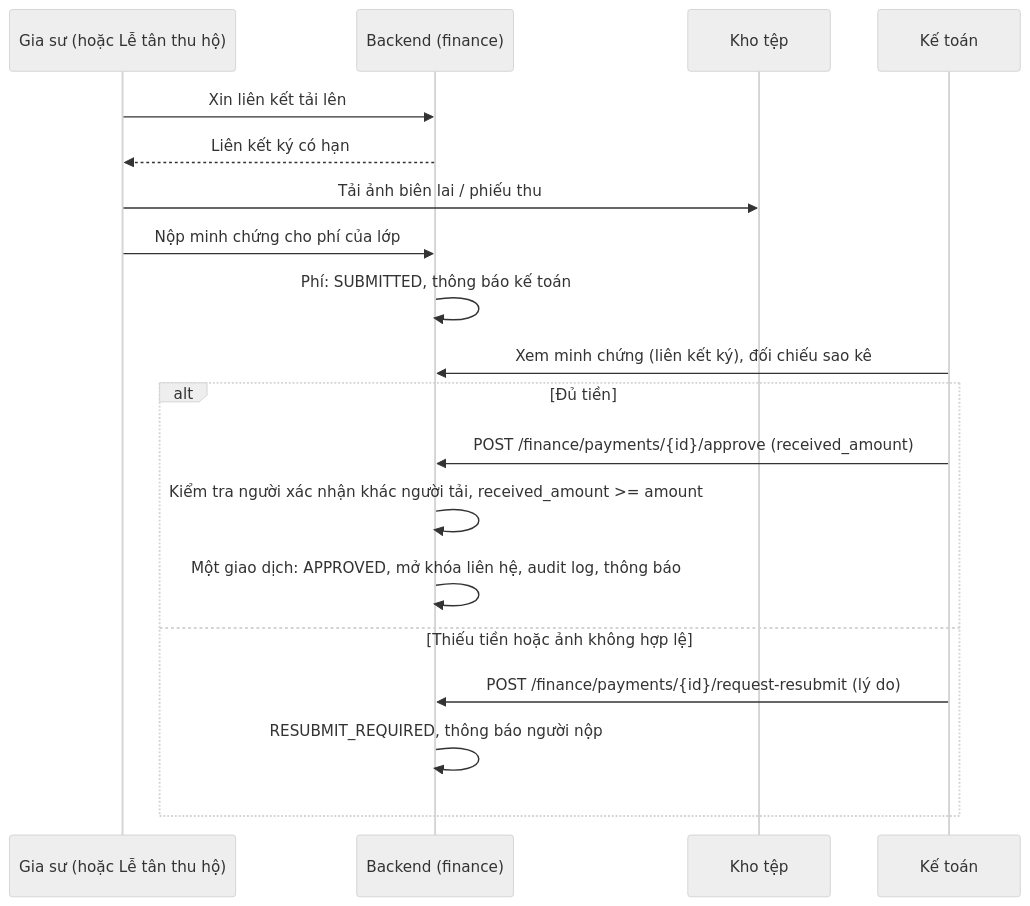
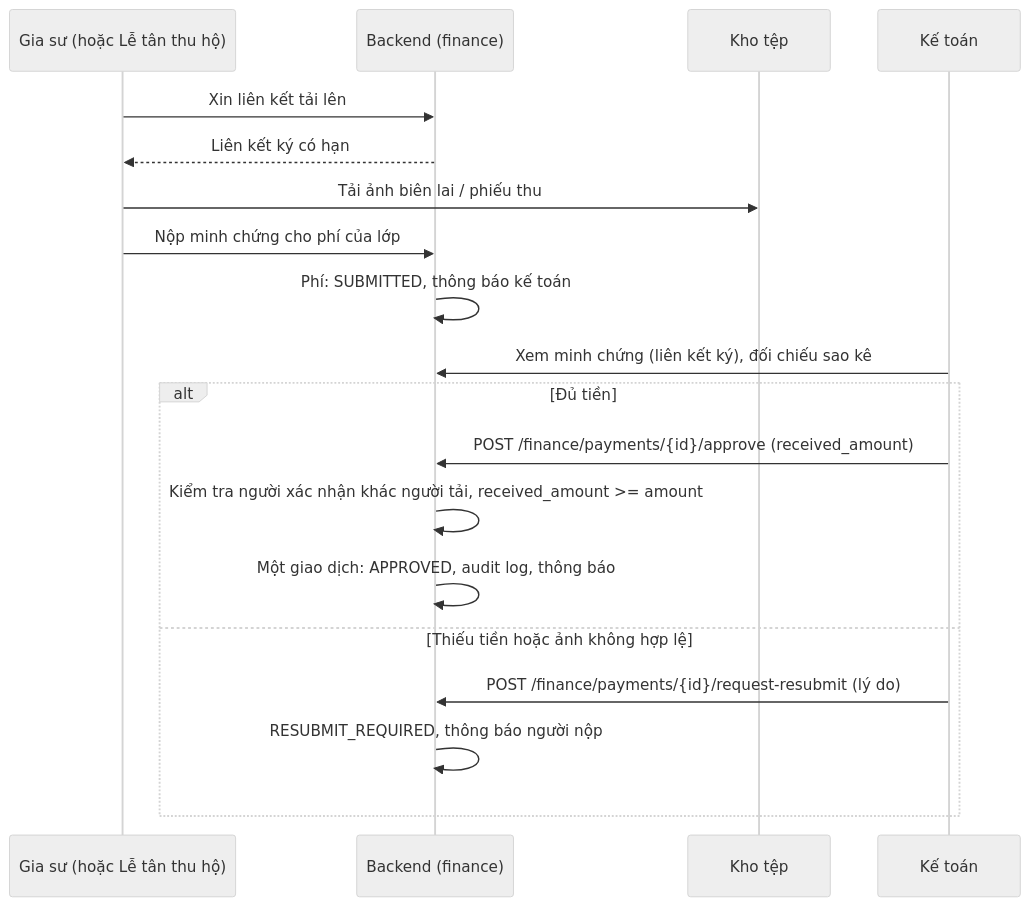
Before and after one commit to quangnguyenviet/English-tutor-platform-final-project-2026: the seventh of 8 diagrams in docs/project/ARCHITECTURE.md, drawn with Mermaid (neutral theme). The commit also changed other lines of this file and 6 other files, not shown here.

````diff
--- a/docs/project/ARCHITECTURE.md
+++ b/docs/project/ARCHITECTURE.md
@@ -308,22 +308,22 @@
 ```mermaid
 sequenceDiagram
     participant G as Gia sư (hoặc Lễ tân thu hộ)
     participant B as Backend (finance)
     participant F as Kho tệp
     participant K as Kế toán
 
     G->>B: Xin liên kết tải lên
     B-->>G: Liên kết ký có hạn
     G->>F: Tải ảnh biên lai / phiếu thu
     G->>B: Nộp minh chứng cho phí của lớp
     B->>B: Phí: SUBMITTED, thông báo kế toán
     K->>B: Xem minh chứng (liên kết ký), đối chiếu sao kê
     alt Đủ tiền
         K->>B: POST /finance/payments/{id}/approve (received_amount)
         B->>B: Kiểm tra người xác nhận khác người tải, received_amount >= amount
-        B->>B: Một giao dịch: APPROVED, mở khóa liên hệ, audit log, thông báo
+        B->>B: Một giao dịch: APPROVED, audit log, thông báo
     else Thiếu tiền hoặc ảnh không hợp lệ
         K->>B: POST /finance/payments/{id}/request-resubmit (lý do)
         B->>B: RESUBMIT_REQUIRED, thông báo người nộp
     end
 ```
````
